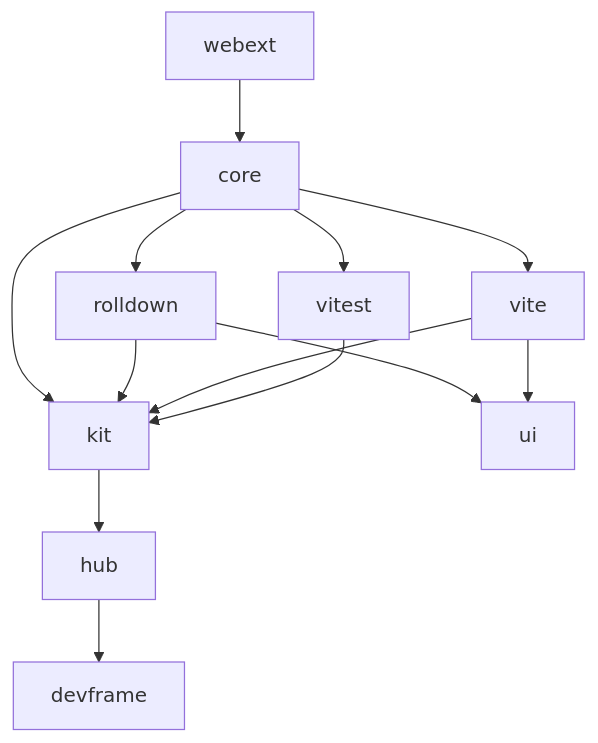
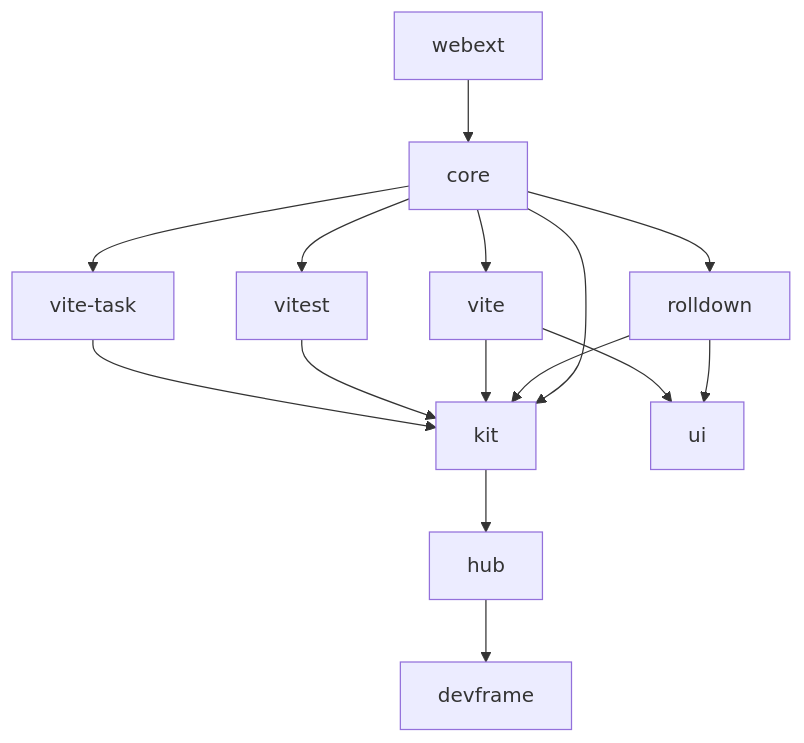
One commit to vitejs/devtools changed the diagram in AGENTS.md. Above: the diagram before and after it, drawn with Mermaid. The commit also changed other lines of this file and 115 other files, not shown here.

Commit message:
feat: vite task devtools (#644)

````diff
--- a/AGENTS.md
+++ b/AGENTS.md
@@ -36,11 +37,12 @@
 ```mermaid
 flowchart TD
   hub --> devframe
   kit --> hub
   core --> kit
-  core --> rolldown & vite & vitest
+  core --> rolldown & vite & vitest & vite-task
   rolldown --> kit & ui
   vite --> kit & ui
   vitest --> kit
+  vite-task --> kit
   webext --> core
 ```
````
